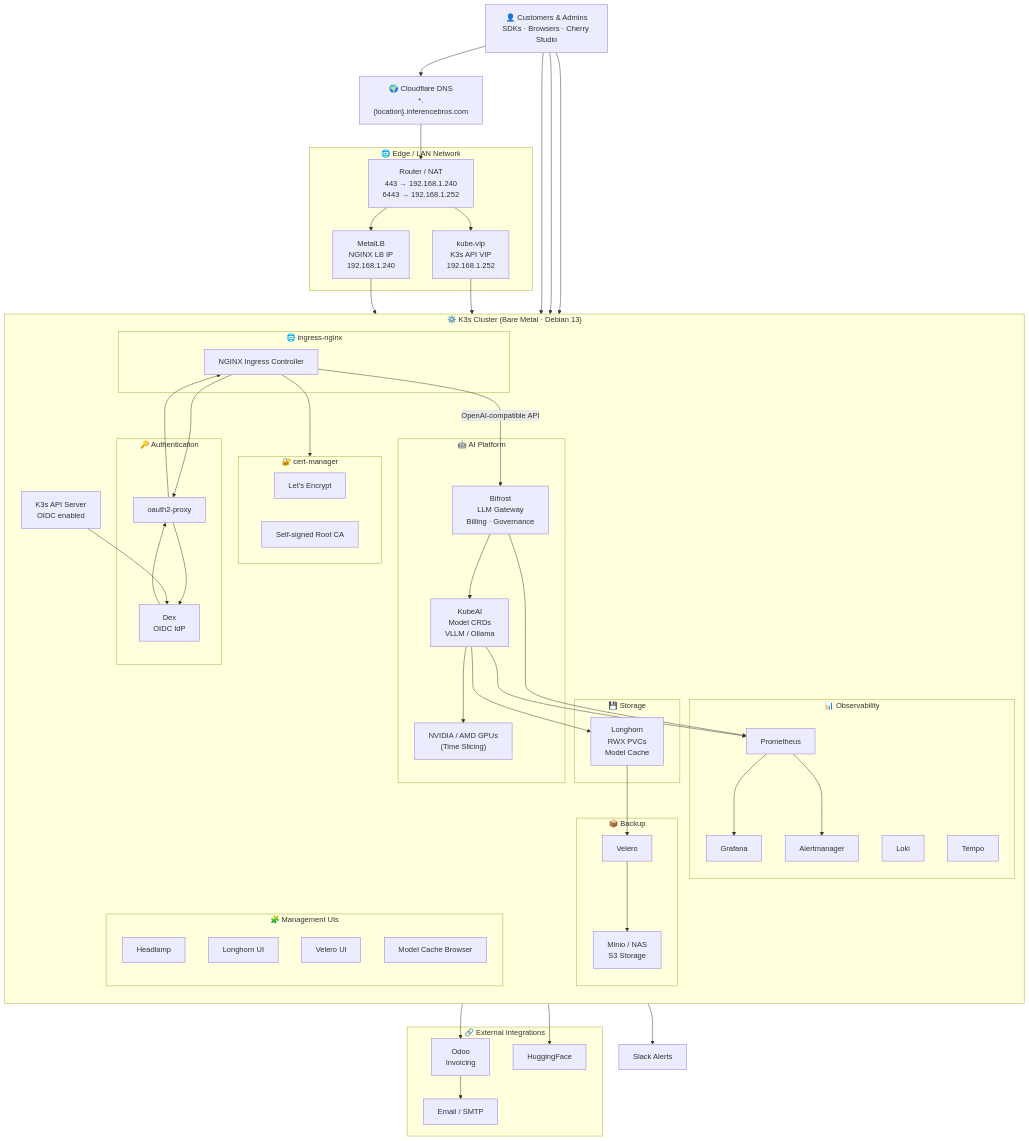
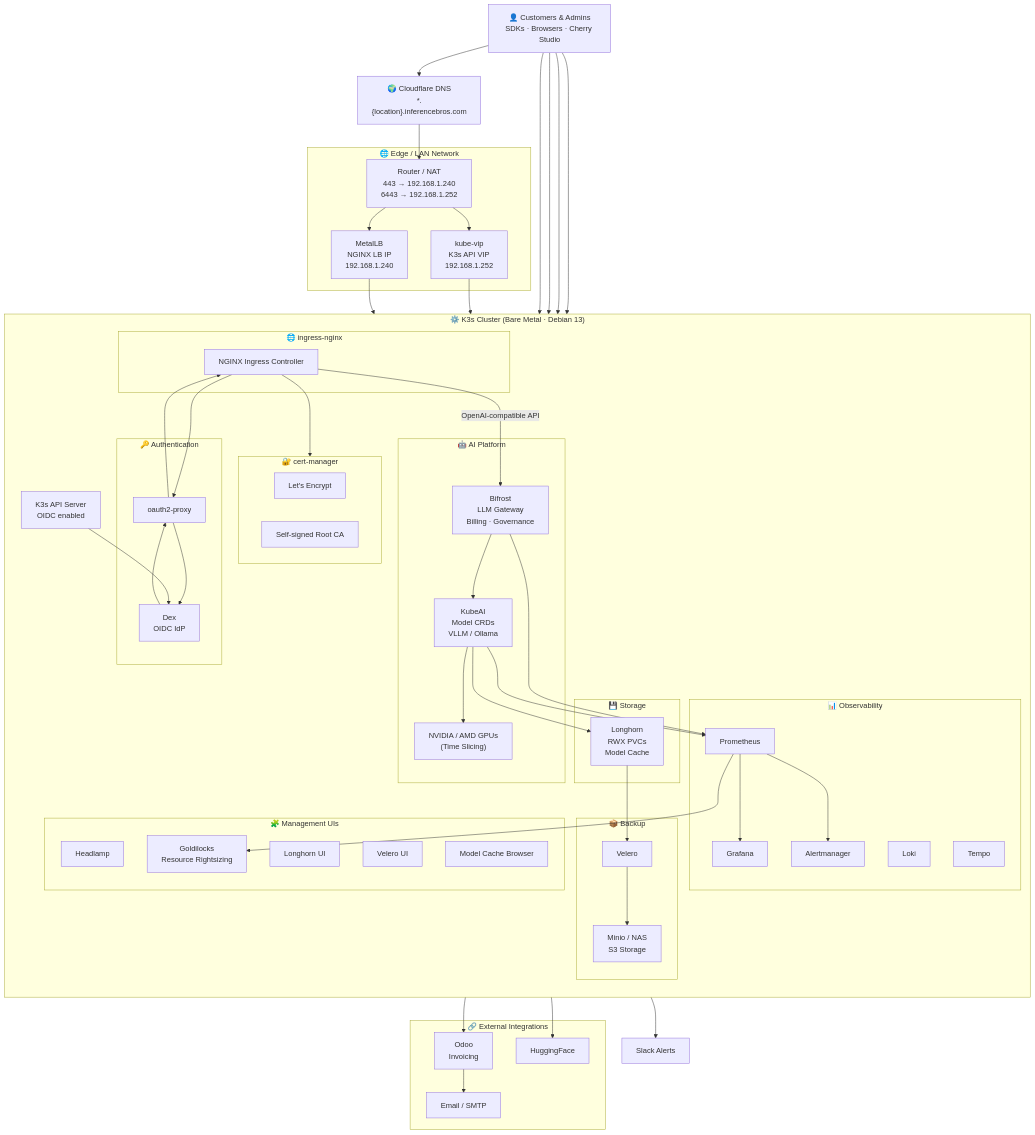
The diagram in README.md (alinflorin/inference-bros), drawn with Mermaid before and after one commit. The commit also changed other lines of this file and 4 other files, not shown here.

````diff
--- a/README.md
+++ b/README.md
@@ -493,6 +502,8 @@
       LONGHORN_UI["Longhorn UI"]
       VUI["Velero UI"]
       PVCX["Model Cache Browser"]
+      GOLDILOCKS["Goldilocks
+Resource Rightsizing"]
     end
   end
 
@@ -521,6 +532,7 @@
   KUBEAI --> PROM
   PROM --> GRAFANA
   PROM --> ALERT
+  PROM --> GOLDILOCKS
   ALERT --> SLACK["Slack Alerts"]
 
   %% =====================================================
@@ -543,4 +555,6 @@
   USERS --> HEADLAMP
   USERS --> GRAFANA
   USERS --> BIFROST
+  USERS --> GOLDILOCKS
+
 ```
````
